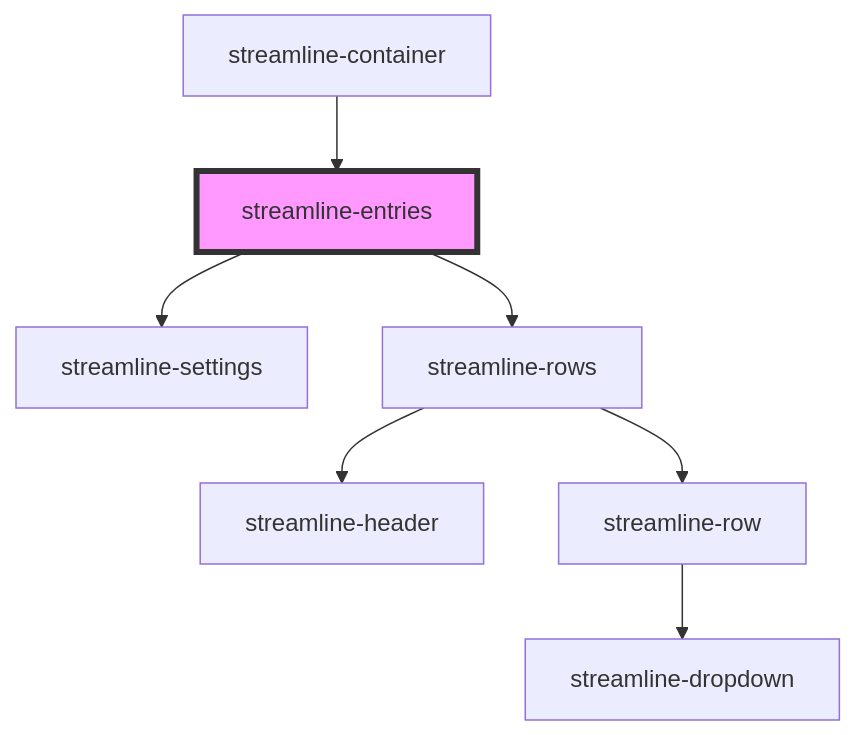
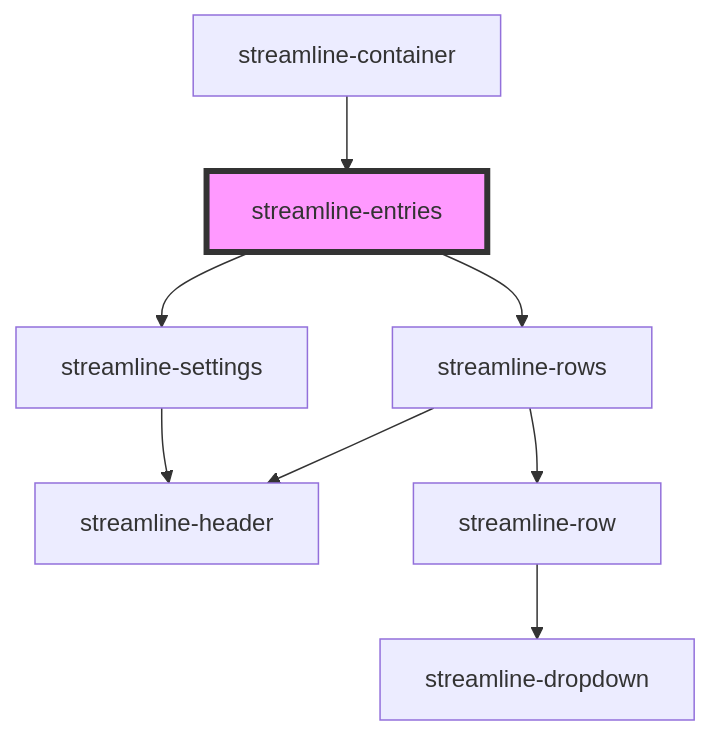
The diagram in stencil-v2/src/components/entries/readme.md (dnnsjsk/streamline), drawn with Mermaid before and after one commit. The commit also changed 29 other files, not shown here.

````diff
--- a/stencil-v2/src/components/entries/readme.md
+++ b/stencil-v2/src/components/entries/readme.md
@@ -20,10 +20,11 @@
 ```mermaid
 graph TD;
   streamline-entries --> streamline-settings
   streamline-entries --> streamline-rows
+  streamline-settings --> streamline-header
   streamline-rows --> streamline-header
   streamline-rows --> streamline-row
   streamline-row --> streamline-dropdown
   streamline-container --> streamline-entries
   style streamline-entries fill:#f9f,stroke:#333,stroke-width:4px
 ```
````
